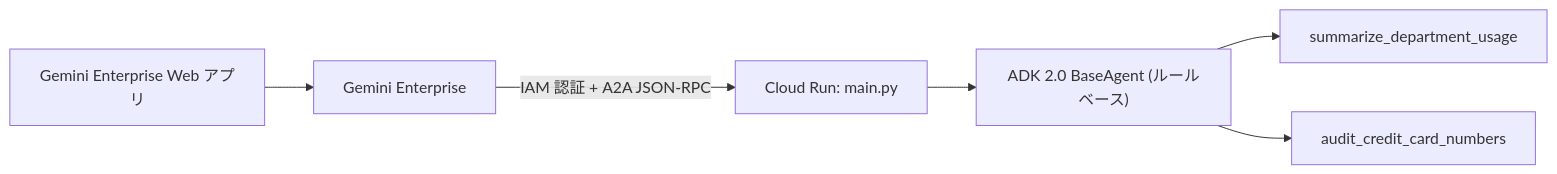
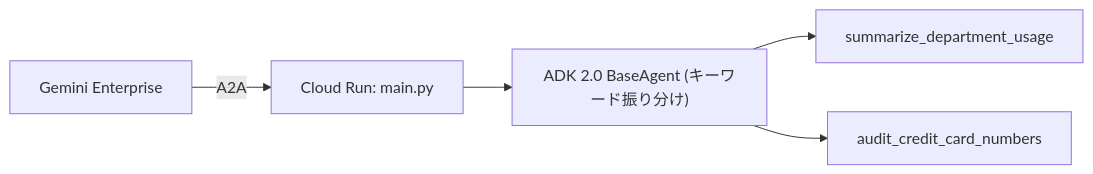
Before and after one commit to rikaando/ge-ai-handson: the diagram in samples/sample3_cloud_run_a2a/README.md, drawn with Mermaid. The commit also changed other lines of this file and 2 other files, not shown here.

Commit message:
fix(sample3): キーワード振り分けの誤判定修正とA2Aカード・構成図の改善

````diff
--- a/samples/sample3_cloud_run_a2a/README.md
+++ b/samples/sample3_cloud_run_a2a/README.md
@@ -5,8 +5,7 @@
 ```mermaid
 flowchart LR
-  User["Gemini Enterprise Web アプリ"] --> GE["Gemini Enterprise"]
-  GE -->|"IAM 認証 + A2A JSON-RPC"| CR["Cloud Run: main.py"]
-  CR --> ADK["ADK 2.0 BaseAgent (ルールベース)"]
+  GE["Gemini Enterprise"] -->|"A2A"| CR["Cloud Run: main.py"]
+  CR --> ADK["ADK 2.0 BaseAgent (キーワード振り分け)"]
   ADK --> T1["summarize_department_usage"]
   ADK --> T2["audit_credit_card_numbers"]
 ```
````
